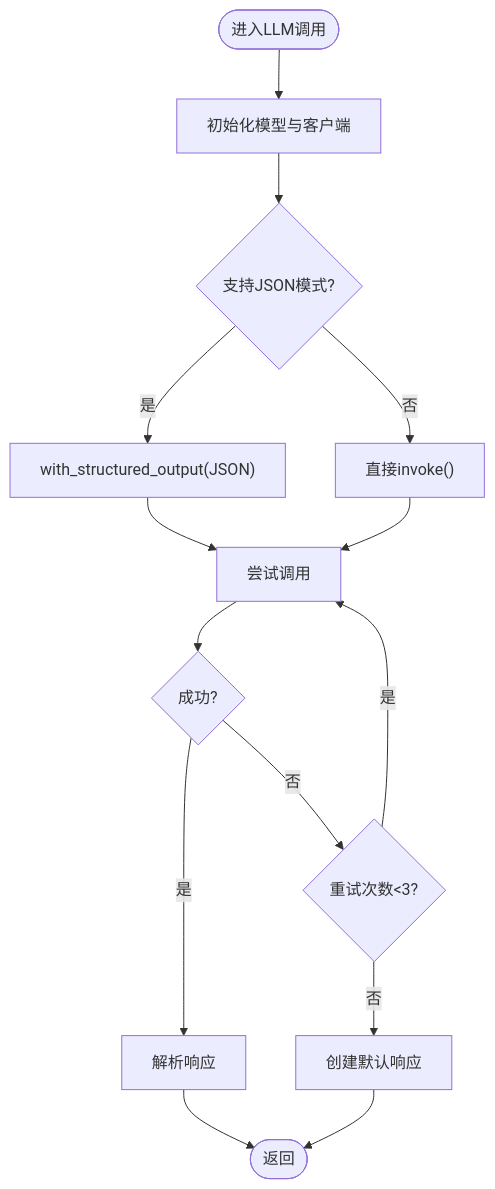
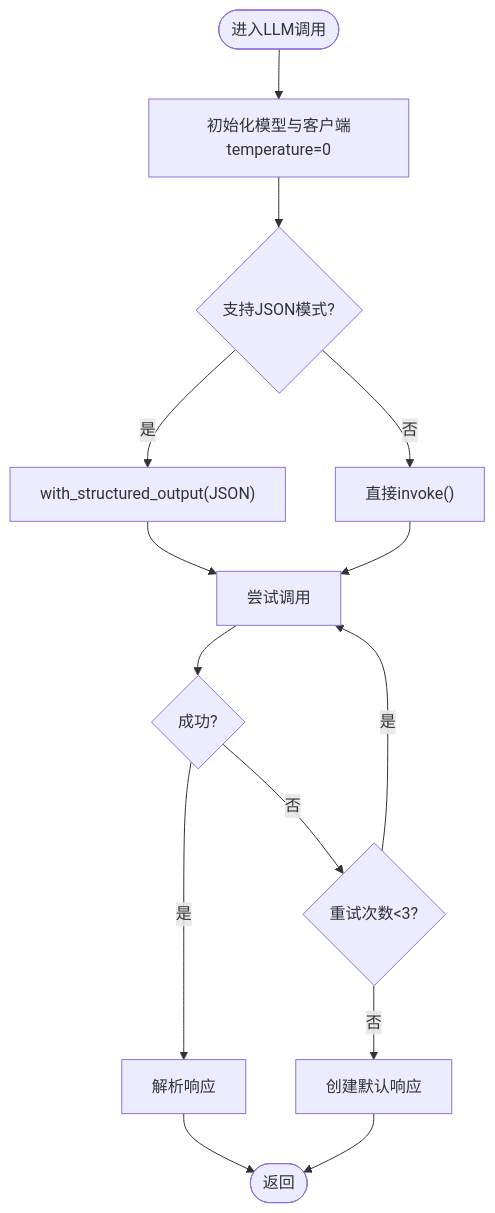
The seventh of 8 diagrams in .qoder/repowiki/zh/content/AI_ML集成/LLM服务集成.md (lichen14-hash/ai-hedge-fund), drawn with Mermaid before and after one commit. The commit also changed other lines of this file and 24 other files, not shown here.

````diff
--- a/.qoder/repowiki/zh/content/AI_ML集成/LLM服务集成.md
+++ b/.qoder/repowiki/zh/content/AI_ML集成/LLM服务集成.md
@@ -329,16 +332,16 @@
 ```mermaid
 flowchart TD
-Enter(["进入LLM调用"]) --> Init["初始化模型与客户端"]
+Enter(["进入LLM调用"]) --> Init["初始化模型与客户端temperature=0"]
 Init --> StructMode{"支持JSON模式?"}
 StructMode --> |是| UseStruct["with_structured_output(JSON)"]
 StructMode --> |否| Invoke["直接invoke()"]
 UseStruct --> TryCall["尝试调用"]
 Invoke --> TryCall
 TryCall --> Ok{"成功?"}
 Ok --> |是| Parse["解析响应"]
 Ok --> |否| Retry{"重试次数<3?"}
 Retry --> |是| TryCall
 Retry --> |否| Default["创建默认响应"]
 Parse --> Return(["返回"])
 Default --> Return
 ```
````
